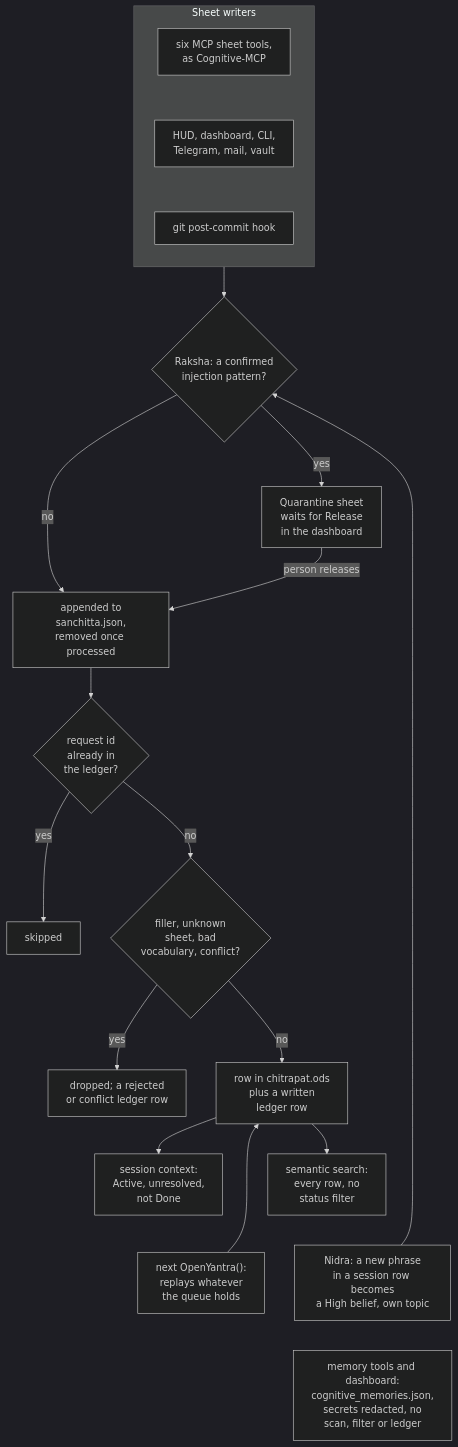
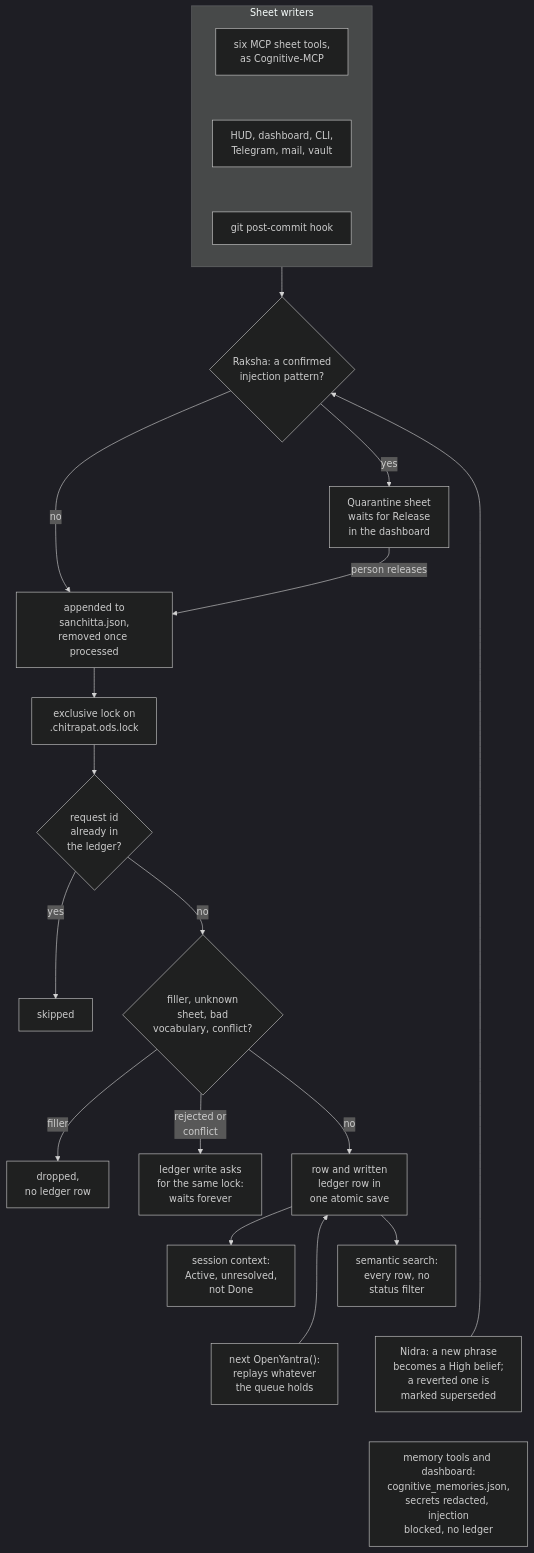
One commit to neoneye/agent-memory-atlas changed the diagram in content/systems/openyantra.md. Above: the diagram before and after it, drawn with Mermaid (dark theme). The commit also changed other lines of this file and 16 other files, not shown here.

First line of the commit message:
OpenYantra at 5ab4989: single-save commit and workbook lock; refusals block on the lock they re-take

````diff
--- a/content/systems/openyantra.md
+++ b/content/systems/openyantra.md
@@ -110,27 +117,29 @@
 ```mermaid
-%% caption: a sheet row is believed once it clears four gates; the queue replays what a crash or another process left in it, skipping a request the ledger already holds; Nidra promotes a phrase once under its own topic; the MCP memory tools and the dashboard write a second store that only secret redaction reaches
+%% caption: a sheet row is believed once it clears four gates under one workbook lock; a refused write waits on that lock forever on Linux and macOS; the queue replays what a crash left, skipping a request the ledger holds; Nidra promotes a phrase once and supersedes a reverted one; the MCP memory tools and the dashboard write a second store with no ledger
 flowchart TD
   subgraph writers["Sheet writers"]
     direction TB
     W1["six MCP sheet tools,<br/>as Cognitive-MCP"]
     W2["HUD, dashboard, CLI,<br/>Telegram, mail, vault"]
     W3["git post-commit hook"]
     W1 ~~~ W2 ~~~ W3
   end
   writers --> RK{"Raksha: a confirmed<br/>injection pattern?"}
   RK -->|"yes"| Q["Quarantine sheet<br/>waits for Release<br/>in the dashboard"]
   RK -->|"no"| SQ["appended to<br/>sanchitta.json,<br/>removed once processed"]
   Q -->|"person releases"| SQ
-  SQ --> LG{"request id<br/>already in<br/>the ledger?"}
+  SQ --> LK["exclusive lock on<br/>.chitrapat.ods.lock"]
+  LK --> LG{"request id<br/>already in<br/>the ledger?"}
   LG -->|"yes"| SKIP["skipped"]
   LG -->|"no"| GATE{"filler, unknown<br/>sheet, bad<br/>vocabulary, conflict?"}
-  GATE -->|"yes"| DROP["dropped; a rejected<br/>or conflict ledger row"]
-  GATE -->|"no"| ROW["row in chitrapat.ods<br/>plus a written<br/>ledger row"]
+  GATE -->|"filler"| DROP["dropped,<br/>no ledger row"]
+  GATE -->|"rejected or<br/>conflict"| HANG["ledger write asks<br/>for the same lock:<br/>waits forever"]
+  GATE -->|"no"| ROW["row and written<br/>ledger row in<br/>one atomic save"]
   ROW --> CTX["session context:<br/>Active, unresolved,<br/>not Done"]
   ROW --> SRCH["semantic search:<br/>every row, no<br/>status filter"]
   CTX ~~~ RP["next OpenYantra():<br/>replays whatever<br/>the queue holds"]
   RP --> ROW
-  SRCH ~~~ NID["Nidra: a new phrase<br/>in a session row becomes<br/>a High belief, own topic"]
+  SRCH ~~~ NID["Nidra: a new phrase<br/>becomes a High belief;<br/>a reverted one is<br/>marked superseded"]
   NID --> RK
-  NID ~~~ COG["memory tools and dashboard:<br/>cognitive_memories.json,<br/>secrets redacted, no<br/>scan, filter or ledger"]
+  NID ~~~ COG["memory tools and dashboard:<br/>cognitive_memories.json,<br/>secrets redacted, injection<br/>blocked, no ledger"]
 ```
````
